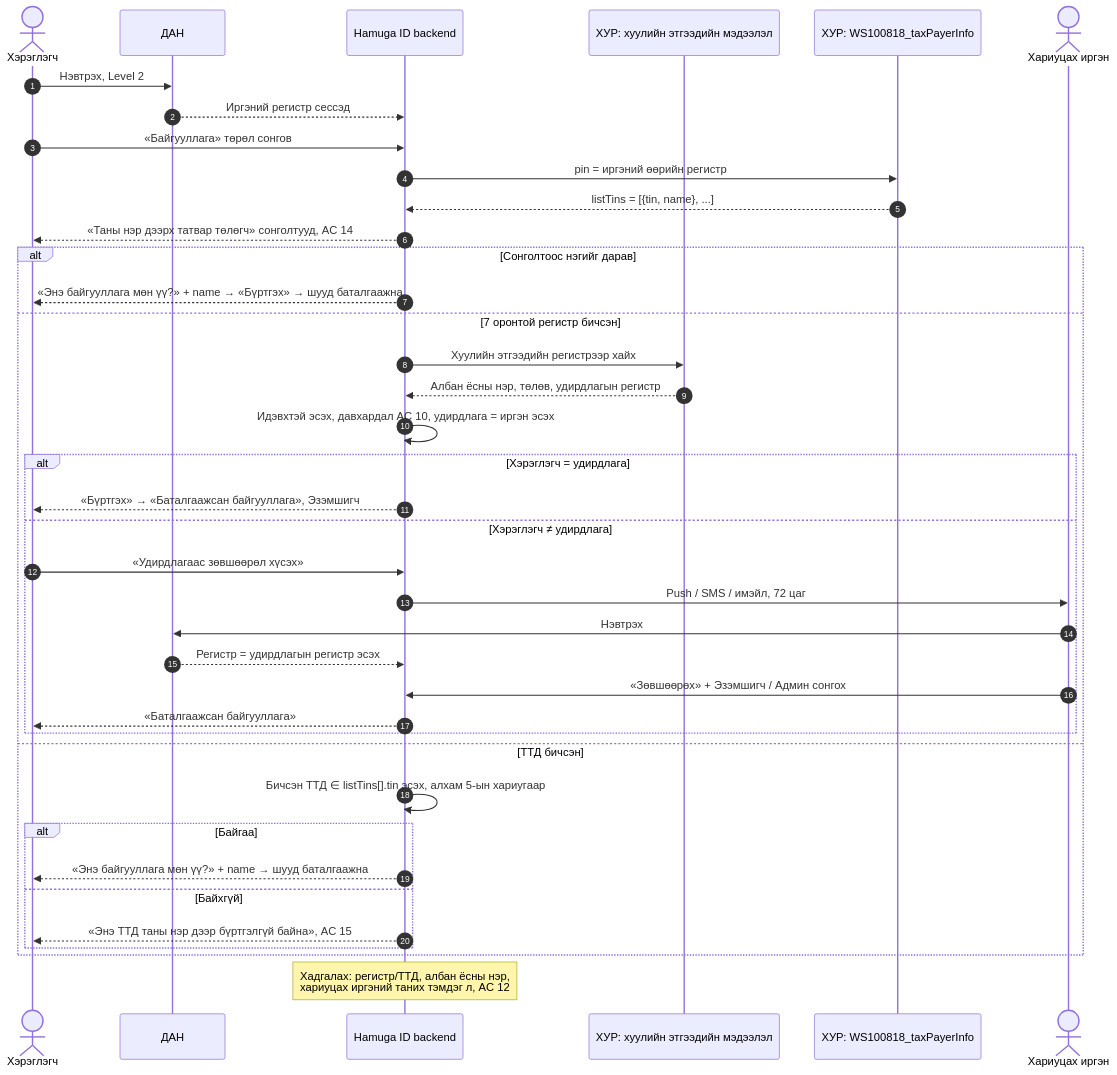
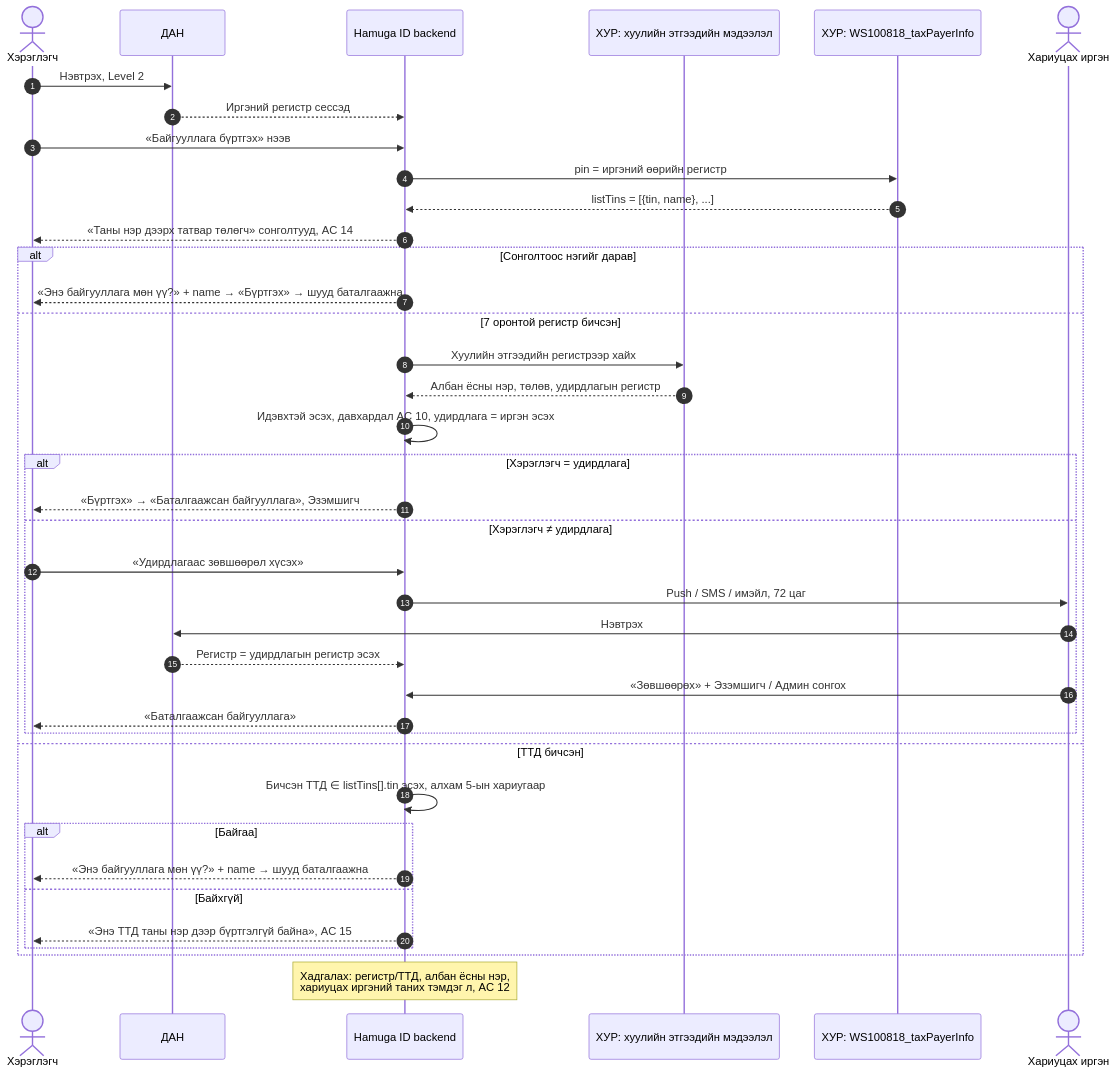
Before and after one commit to zayaennnn-arch/ID-Group: the fifth of 19 diagrams in docs/requirements/process-map-group-org-mn.md, drawn with Mermaid. The commit also changed other lines of this file and 3 other files, not shown here.

````diff
--- a/docs/requirements/process-map-group-org-mn.md
+++ b/docs/requirements/process-map-group-org-mn.md
@@ -165,42 +192,42 @@
 ```mermaid
 sequenceDiagram
     autonumber
     actor U as Хэрэглэгч
     participant DAN as ДАН
     participant H as Hamuga ID backend
     participant LE as ХУР: хуулийн этгээдийн мэдээлэл
     participant TX as ХУР: WS100818_taxPayerInfo
     actor D as Хариуцах иргэн
 
     U->>DAN: Нэвтрэх, Level 2
     DAN-->>H: Иргэний регистр сессэд
-    U->>H: «Байгууллага» төрөл сонгов
+    U->>H: «Байгууллага бүртгэх» нээв
     H->>TX: pin = иргэний өөрийн регистр
     TX-->>H: listTins = [{tin, name}, ...]
     H-->>U: «Таны нэр дээрх татвар төлөгч» сонголтууд, AC 14
     alt Сонголтоос нэгийг дарав
         H-->>U: «Энэ байгууллага мөн үү?» + name → «Бүртгэх» → шууд баталгаажна
     else 7 оронтой регистр бичсэн
         H->>LE: Хуулийн этгээдийн регистрээр хайх
         LE-->>H: Албан ёсны нэр, төлөв, удирдлагын регистр
         H->>H: Идэвхтэй эсэх, давхардал AC 10, удирдлага = иргэн эсэх
         alt Хэрэглэгч = удирдлага
             H-->>U: «Бүртгэх» → «Баталгаажсан байгууллага», Эзэмшигч
         else Хэрэглэгч ≠ удирдлага
             U->>H: «Удирдлагаас зөвшөөрөл хүсэх»
             H->>D: Push / SMS / имэйл, 72 цаг
             D->>DAN: Нэвтрэх
             DAN-->>H: Регистр = удирдлагын регистр эсэх
             D->>H: «Зөвшөөрөх» + Эзэмшигч / Админ сонгох
             H-->>U: «Баталгаажсан байгууллага»
         end
     else ТТД бичсэн
         H->>H: Бичсэн ТТД ∈ listTins[].tin эсэх, алхам 5-ын хариугаар
         alt Байгаа
             H-->>U: «Энэ байгууллага мөн үү?» + name → шууд баталгаажна
         else Байхгүй
             H-->>U: «Энэ ТТД таны нэр дээр бүртгэлгүй байна», AC 15
         end
     end
     Note over H: Хадгалах: регистр/ТТД, албан ёсны нэр,<br/>хариуцах иргэний таних тэмдэг л, AC 12
 ```
````
